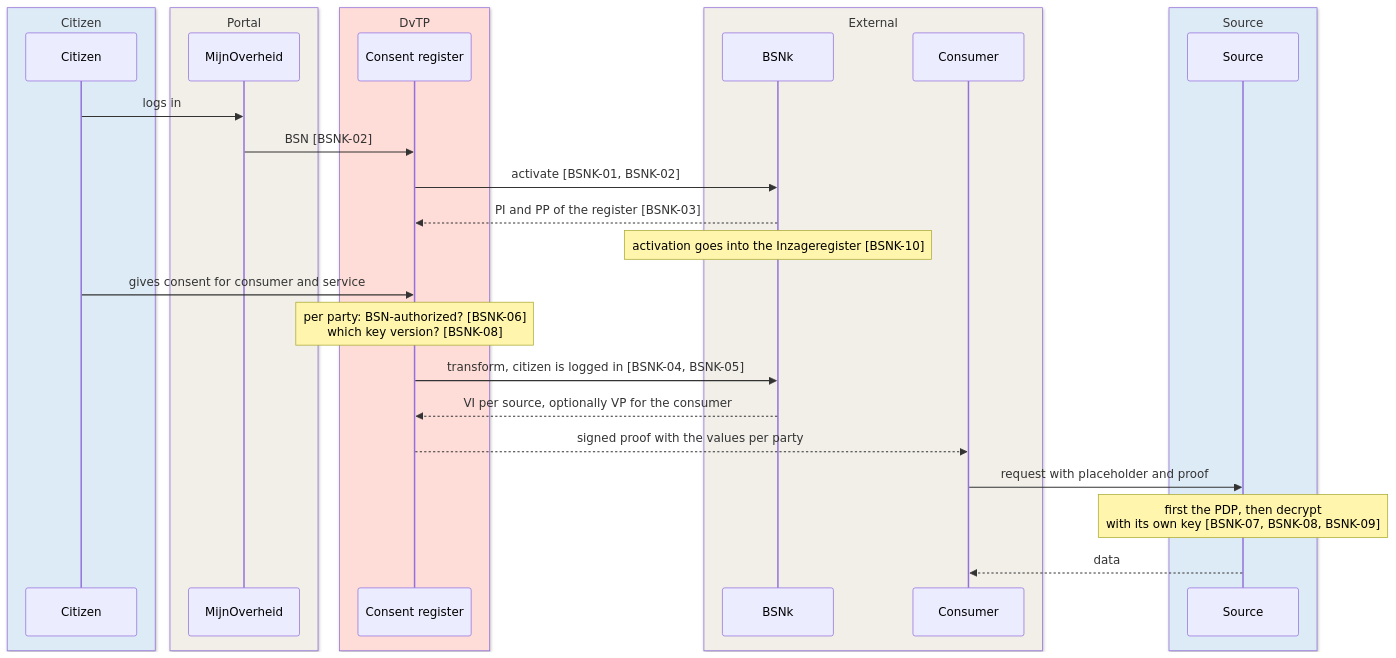
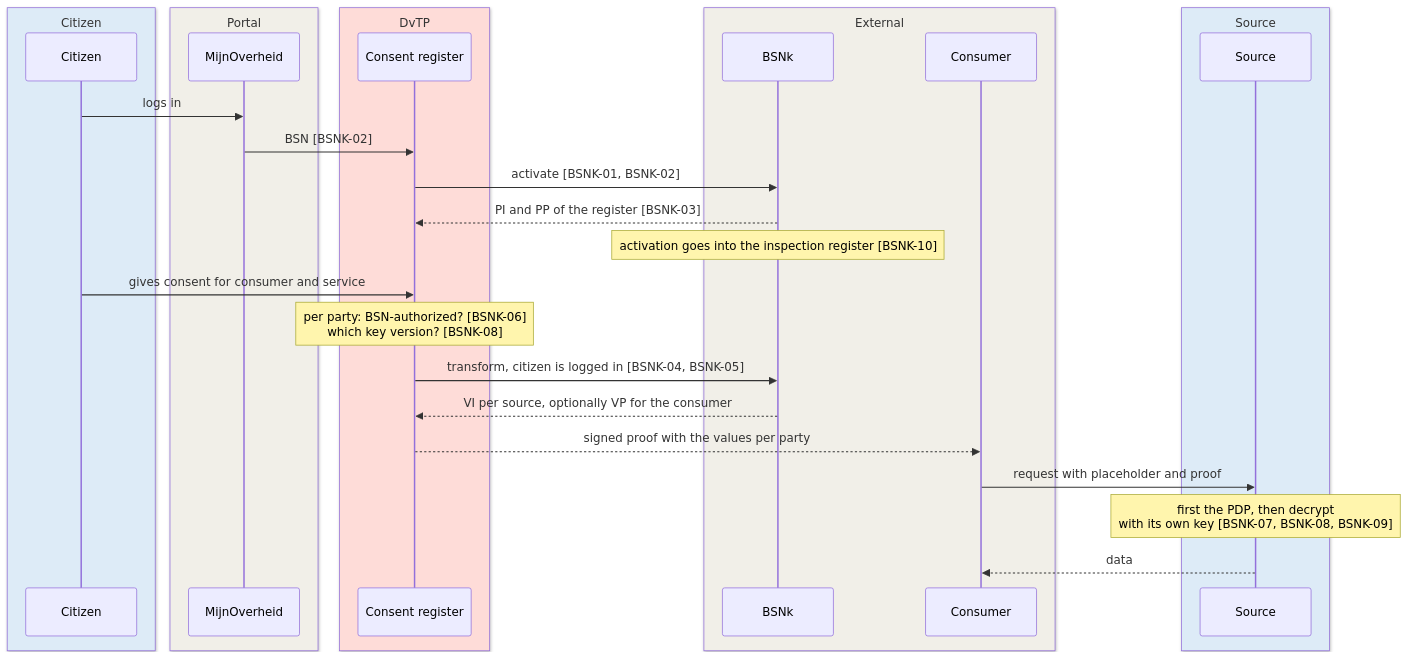
One commit to ICTU/GBO-TO changed the first of 3 diagrams in docs/requirements/pseudonymization.md. Above: the diagram before and after it, drawn with Mermaid. The commit also changed other lines of this file and 74 other files, not shown here.

````diff
--- a/docs/requirements/pseudonymization.md
+++ b/docs/requirements/pseudonymization.md
@@ -645,33 +646,33 @@
 ```mermaid
 sequenceDiagram
     box rgb(221,235,247) Citizen
       participant B as Citizen
     end
     box rgb(241,239,232) Portal
       participant MO as MijnOverheid
     end
     box rgb(254,220,216) DvTP
       participant TR as Consent register
     end
     box rgb(241,239,232) External
       participant K as BSNk
       participant A as Consumer
     end
     box rgb(221,235,247) Source
       participant BR as Source
     end
 
     B->>MO: logs in
     MO->>TR: BSN [BSNK-02]
     TR->>K: activate [BSNK-01, BSNK-02]
     K-->>TR: PI and PP of the register [BSNK-03]
-    Note over K: activation goes into the Inzageregister [BSNK-10]
+    Note over K: activation goes into the inspection register [BSNK-10]
     B->>TR: gives consent for consumer and service
     Note over TR: per party: BSN-authorized? [BSNK-06]<br/>which key version? [BSNK-08]
     TR->>K: transform, citizen is logged in [BSNK-04, BSNK-05]
     K-->>TR: VI per source, optionally VP for the consumer
     TR-->>A: signed proof with the values per party
     A->>BR: request with placeholder and proof
     Note over BR: first the PDP, then decrypt<br/>with its own key [BSNK-07, BSNK-08, BSNK-09]
     BR-->>A: data
 ```
````
